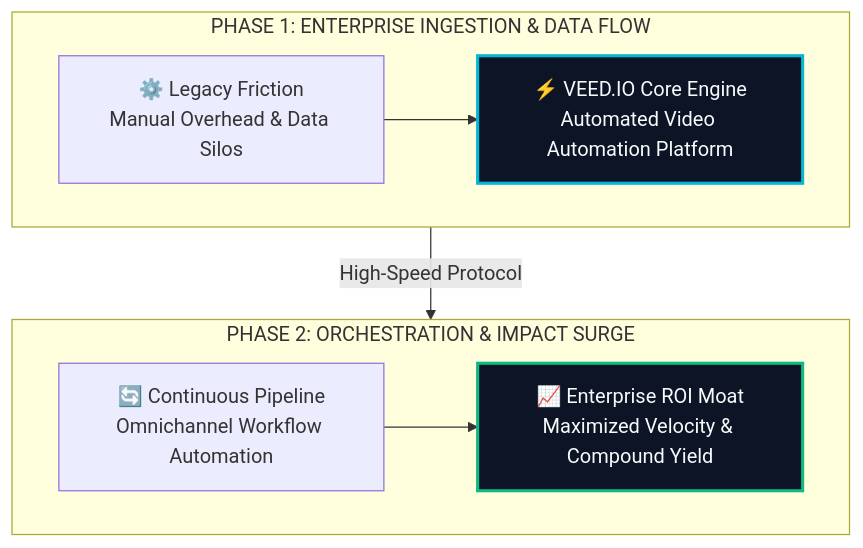
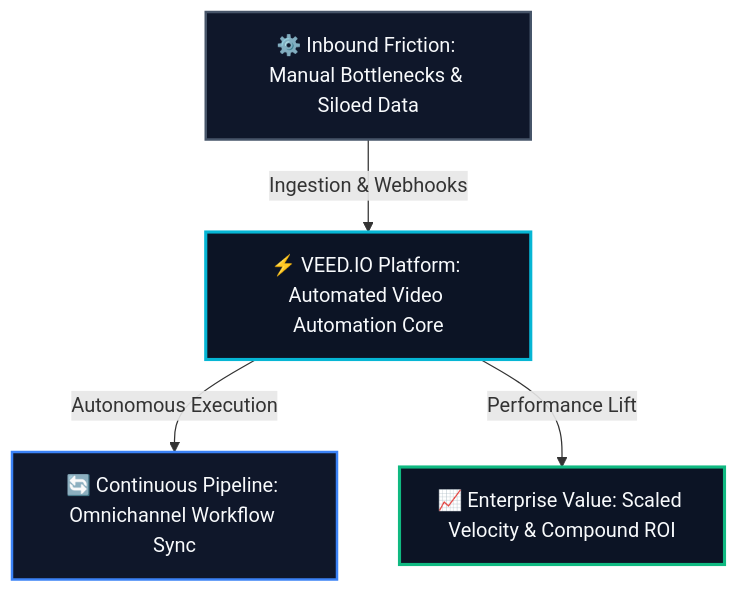
Before and after one commit to heliatech-media/saas-radar: the diagram in site/src/content/blog/veed-io-evolution-guide-2026.md, drawn with Mermaid. The commit also changed 93 other files, not shown here.

First line of the commit message:
fix(diagrams): resolve dagre-d3 subgraph collision by migrating to balanced 3-tier Hub & Spoke architecture

````diff
--- a/site/src/content/blog/veed-io-evolution-guide-2026.md
+++ b/site/src/content/blog/veed-io-evolution-guide-2026.md
@@ -58,14 +58,14 @@
 ```mermaid
 flowchart TD
-    subgraph S1["PHASE 1: ENTERPRISE INGESTION & DATA FLOW"]
-        direction LR
-        A["⚙️ Legacy Friction<br/>Manual Overhead & Data Silos"] --> B["⚡ VEED.IO Core Engine<br/>Automated Video Automation Platform"]
-    end
-    subgraph S2["PHASE 2: ORCHESTRATION & IMPACT SURGE"]
-        direction LR
-        C["🔄 Continuous Pipeline<br/>Omnichannel Workflow Automation"] --> D["📈 Enterprise ROI Moat<br/>Maximized Velocity & Compound Yield"]
-    end
-    S1 -->|High-Speed Protocol| S2
-    style B fill:#0c1425,stroke:#06b6d4,stroke-width:2.5px,color:#f8fafc
-    style D fill:#0c1425,stroke:#10b981,stroke-width:2.5px,color:#f8fafc
+    Inp["⚙️ Inbound Friction: Manual Bottlenecks & Siloed Data"]
+    Eng["⚡ VEED.IO Platform: Automated Video Automation Core"]
+    Out1["🔄 Continuous Pipeline: Omnichannel Workflow Sync"]
+    Out2["📈 Enterprise Value: Scaled Velocity & Compound ROI"]
+    Inp -->|Ingestion & Webhooks| Eng
+    Eng -->|Autonomous Execution| Out1
+    Eng -->|Performance Lift| Out2
+    style Inp fill:#0f172a,stroke:#475569,stroke-width:2px,color:#f8fafc
+    style Eng fill:#0c1425,stroke:#06b6d4,stroke-width:2.5px,color:#f8fafc
+    style Out1 fill:#0f172a,stroke:#3b82f6,stroke-width:2px,color:#f8fafc
+    style Out2 fill:#0c1425,stroke:#10b981,stroke-width:2.5px,color:#f8fafc
 ```
````
